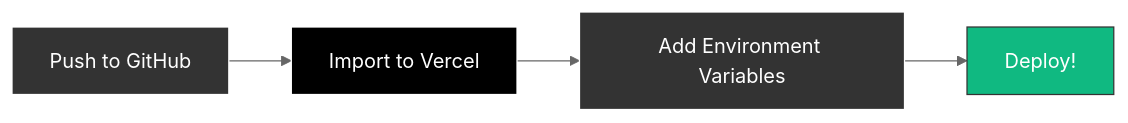
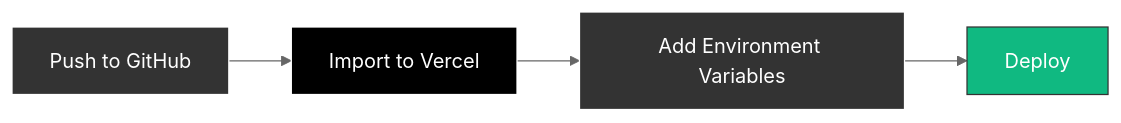
Before and after one commit to DevontiaW/reading-room-template: the third of 3 diagrams in README.md, drawn with Mermaid (neutral theme). The commit also changed other lines of this file, not shown here.

Commit message:
Remove emojis, keep diagrams clean

````diff
--- a/README.md
+++ b/README.md
@@ -190,11 +190,11 @@
 ```mermaid
 flowchart LR
     A[Push to GitHub] --> B[Import to Vercel]
     B --> C[Add Environment Variables]
-    C --> D[Deploy!]
+    C --> D[Deploy]
 
     style A fill:#333,stroke:#fff,color:#fff
     style B fill:#000,stroke:#fff,color:#fff
     style C fill:#333,stroke:#fff,color:#fff
     style D fill:#10B981,stroke:#333,color:#fff
 ```
````
